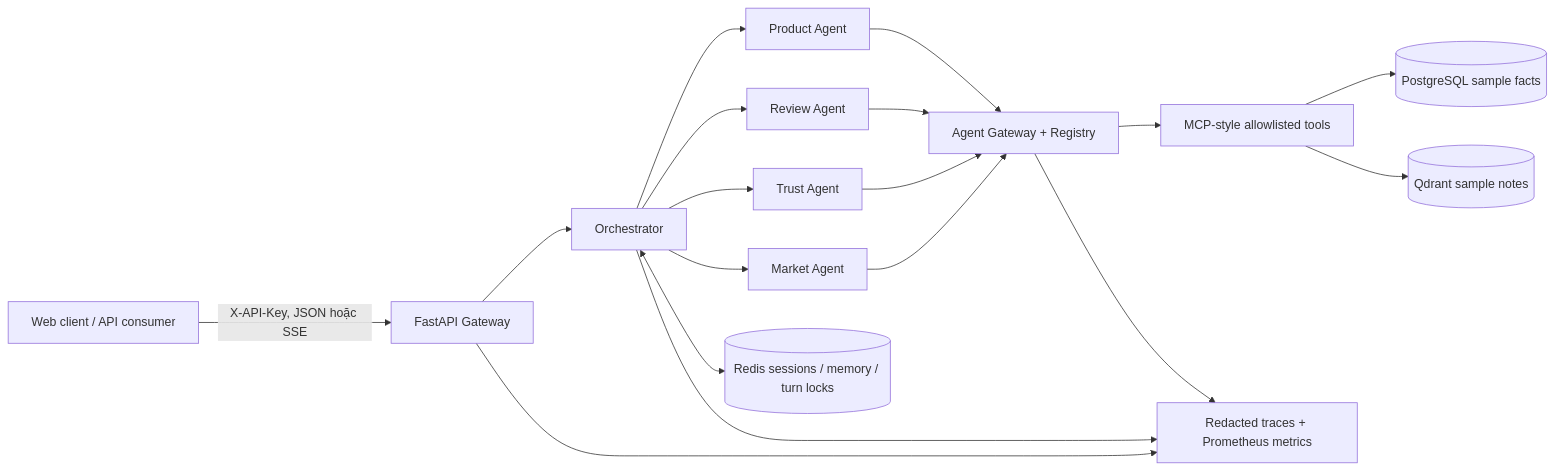
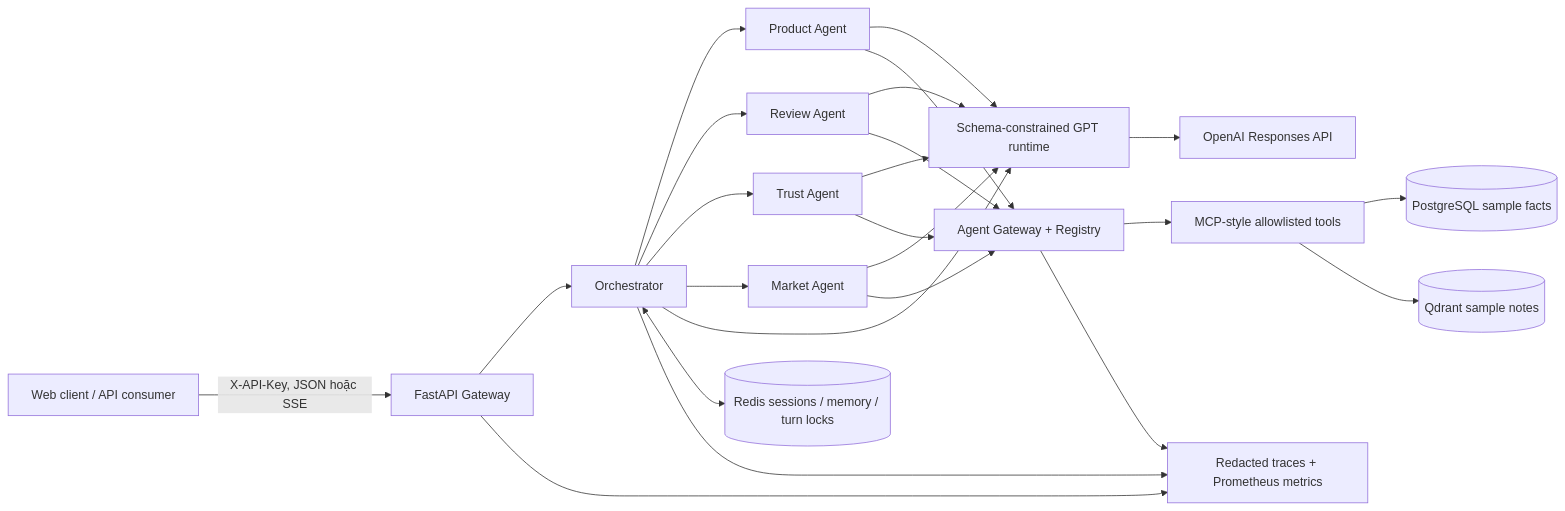
The diagram in README.md (Thanh281105/multi-agent-system), drawn with Mermaid before and after one commit. The commit also changed other lines of this file and 2 other files, not shown here.

First line of the commit message:
docs(architecture): align the hybrid model system

````diff
--- a/README.md
+++ b/README.md
@@ -23,15 +23,17 @@
 ```mermaid
 flowchart LR
     U[Web client / API consumer] -->|X-API-Key, JSON hoặc SSE| G[FastAPI Gateway]
     G --> O[Orchestrator]
     O --> P[Product Agent]
     O --> R[Review Agent]
     O --> T[Trust Agent]
     O --> M[Market Agent]
+    O & P & R & T & M --> L[Schema-constrained GPT runtime]
+    L --> OA[OpenAI Responses API]
     P & R & T & M --> AG[Agent Gateway + Registry]
     AG --> MCP[MCP-style allowlisted tools]
     MCP --> PG[(PostgreSQL sample facts)]
     MCP --> Q[(Qdrant sample notes)]
     O <--> RS[(Redis sessions / memory / turn locks)]
     G & O & AG --> OBS[Redacted traces + Prometheus metrics]
 ```
````
